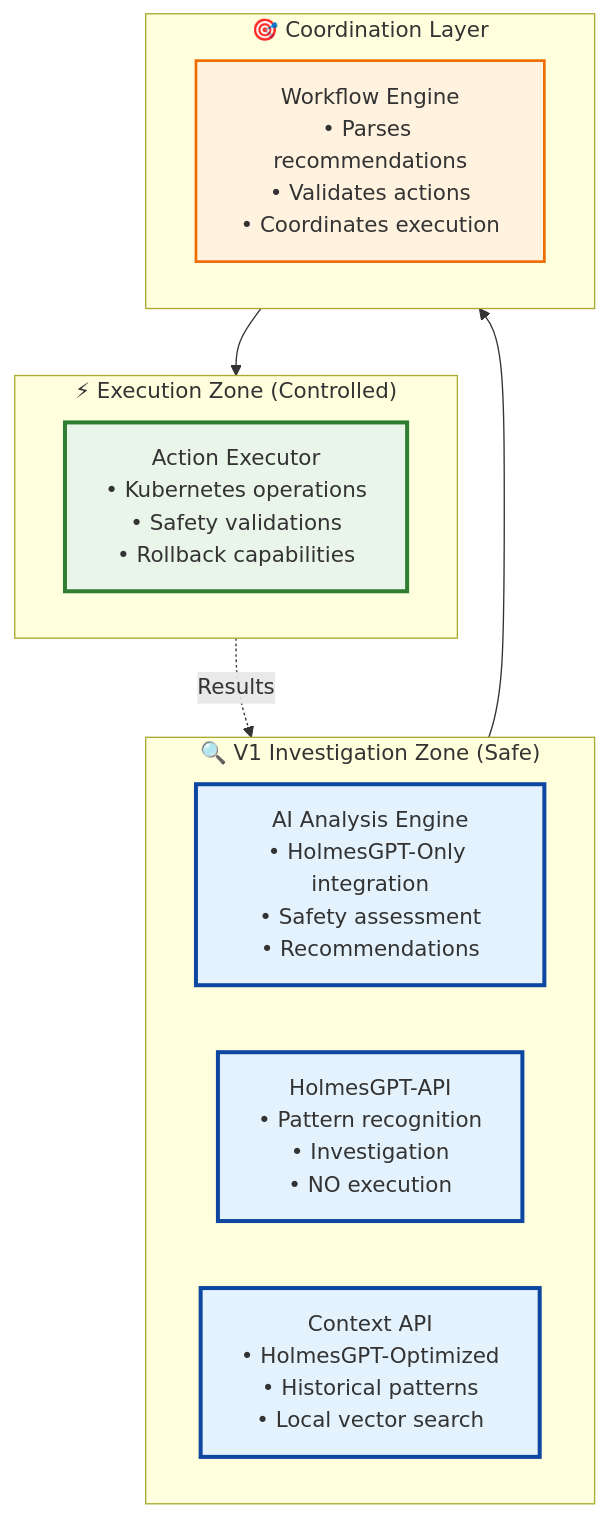
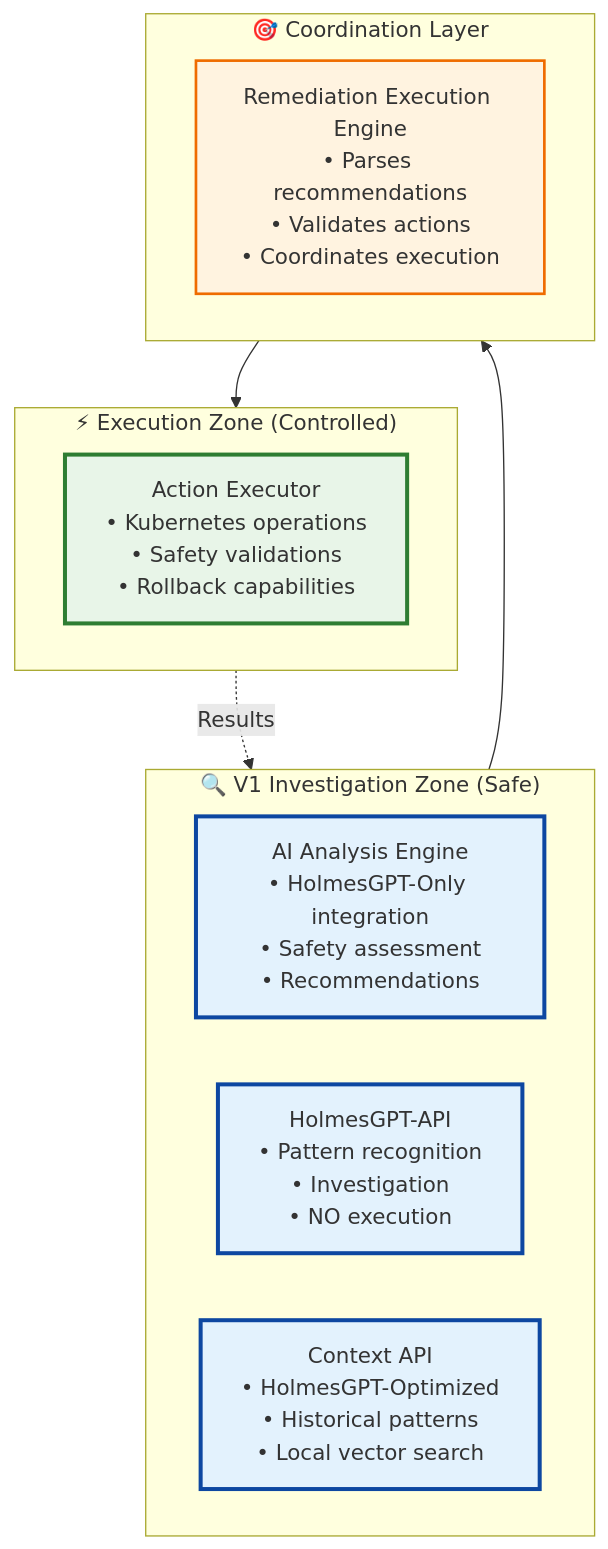
The second of 5 diagrams in docs/architecture/KUBERNAUT_ARCHITECTURE_OVERVIEW.md (jordigilh/kubernaut), drawn with Mermaid before and after one commit. The commit also changed other lines of this file and 13 other files, not shown here.

First line of the commit message:
docs: Correct service naming to 'Remediation Execution Engine' per ADR-035

````diff
--- a/docs/architecture/KUBERNAUT_ARCHITECTURE_OVERVIEW.md
+++ b/docs/architecture/KUBERNAUT_ARCHITECTURE_OVERVIEW.md
@@ -95,28 +94,28 @@
 ```mermaid
 flowchart TB
     subgraph INVESTIGATION ["🔍 V1 Investigation Zone (Safe)"]
         AI_ENGINE[AI Analysis Engine<br/>• HolmesGPT-Only integration<br/>• Safety assessment<br/>• Recommendations]
         HOLMES[HolmesGPT-API<br/>• Pattern recognition<br/>• Investigation<br/>• NO execution]
         CONTEXT[Context API<br/>• HolmesGPT-Optimized<br/>• Historical patterns<br/>• Local vector search]
     end
 
     subgraph EXECUTION ["⚡ Execution Zone (Controlled)"]
         EXECUTOR[Action Executor<br/>• Kubernetes operations<br/>• Safety validations<br/>• Rollback capabilities]
     end
 
     subgraph COORDINATION ["🎯 Coordination Layer"]
-        WORKFLOW[Workflow Engine<br/>• Parses recommendations<br/>• Validates actions<br/>• Coordinates execution]
+        WORKFLOW[Remediation Execution Engine<br/>• Parses recommendations<br/>• Validates actions<br/>• Coordinates execution]
     end
 
     INVESTIGATION --> COORDINATION
     COORDINATION --> EXECUTION
     EXECUTION -.->|Results| INVESTIGATION
 
     classDef investigation fill:#e3f2fd,stroke:#0d47a1,stroke-width:3px
     classDef execution fill:#e8f5e8,stroke:#2e7d32,stroke-width:3px
     classDef coordination fill:#fff3e0,stroke:#ef6c00,stroke-width:2px
 
     class AI_ENGINE,HOLMES,CONTEXT investigation
     class EXECUTOR execution
     class WORKFLOW coordination
 ```
````
